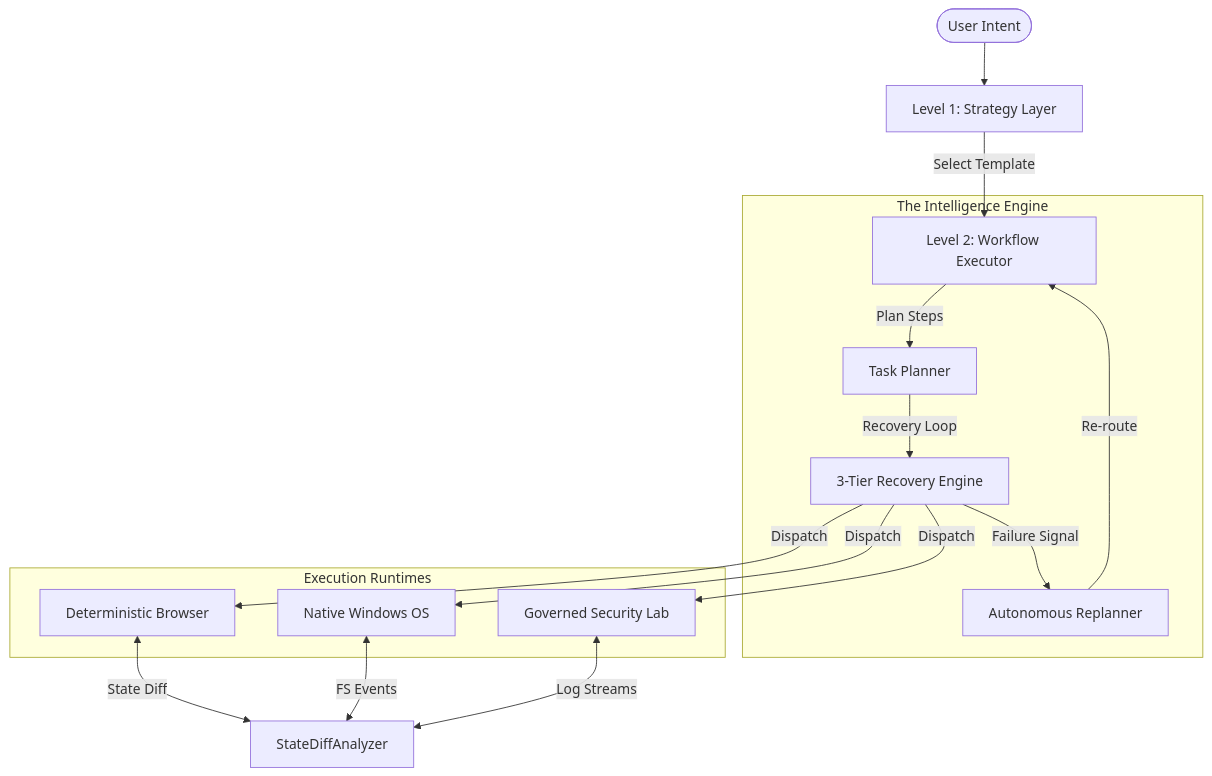
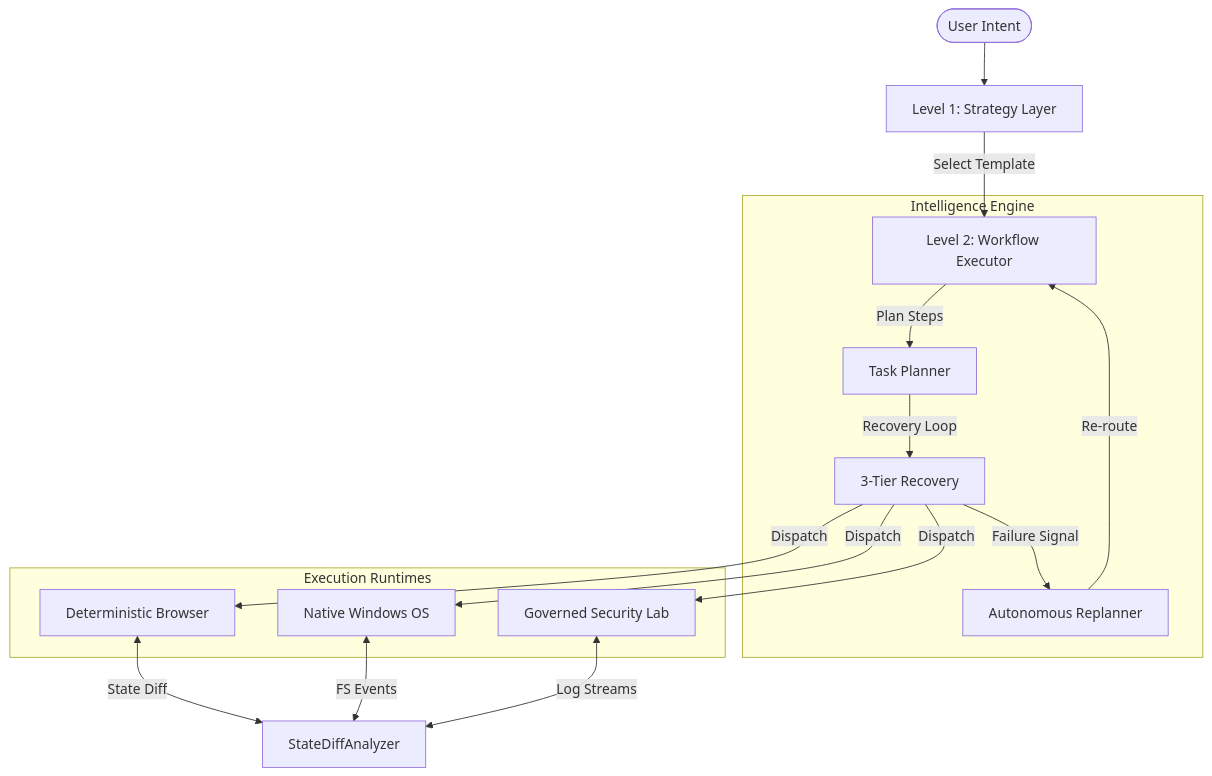
One commit to Sirius6907/B.U.D.D.Y-Mark-67 changed the first of 3 diagrams in README.md. Above: the diagram before and after it, drawn with Mermaid. The commit also changed other lines of this file and 1 other file, not shown here.

````diff
--- a/README.md
+++ b/README.md
@@ -198,22 +139,22 @@
 ```mermaid
 graph TD
     User([User Intent]) --> Strategy[Level 1: Strategy Layer]
     Strategy -->|Select Template| Workflow[Level 2: Workflow Executor]
-    
-    subgraph Engine ["The Intelligence Engine"]
+
+    subgraph Engine ["Intelligence Engine"]
         Workflow -->|Plan Steps| Planner[Task Planner]
-        Planner -->|Recovery Loop| Recovery[3-Tier Recovery Engine]
+        Planner -->|Recovery Loop| Recovery[3-Tier Recovery]
         Recovery -->|Failure Signal| Replanner[Autonomous Replanner]
         Replanner -->|Re-route| Workflow
     end
 
     subgraph Runtimes ["Execution Runtimes"]
         Recovery -->|Dispatch| Browser[Deterministic Browser]
         Recovery -->|Dispatch| Desktop[Native Windows OS]
         Recovery -->|Dispatch| Kali[Governed Security Lab]
     end
 
     Browser <-->|State Diff| State[StateDiffAnalyzer]
     Desktop <-->|FS Events| State
     Kali <-->|Log Streams| State
 ```
````
